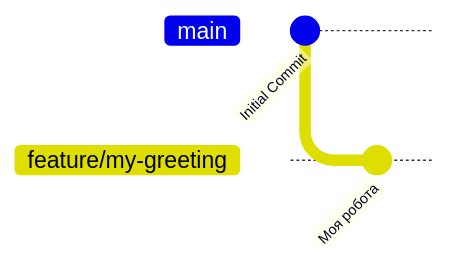
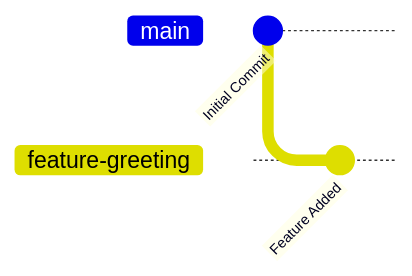
The second of 2 diagrams in courses/ebd-course/modules/git/git-ps.qmd (vadymkatsel/programming-concepts), drawn with Mermaid before and after one commit. The commit also changed other lines of this file, not shown here.

Commit message:
fix(ebd-course): fix mermaid syntax in git practice

````diff
--- a/courses/ebd-course/modules/git/git-ps.qmd
+++ b/courses/ebd-course/modules/git/git-ps.qmd
@@ -79,9 +75,9 @@
 ```{mermaid}
 %%| fig-align: center
 gitGraph
     commit id: "Initial Commit"
-    branch "feature/my-greeting"
-    checkout "feature/my-greeting"
-    commit id: "Моя робота"
+    branch feature-greeting
+    checkout feature-greeting
+    commit id: "Feature Added"
     checkout main
 ```
````
